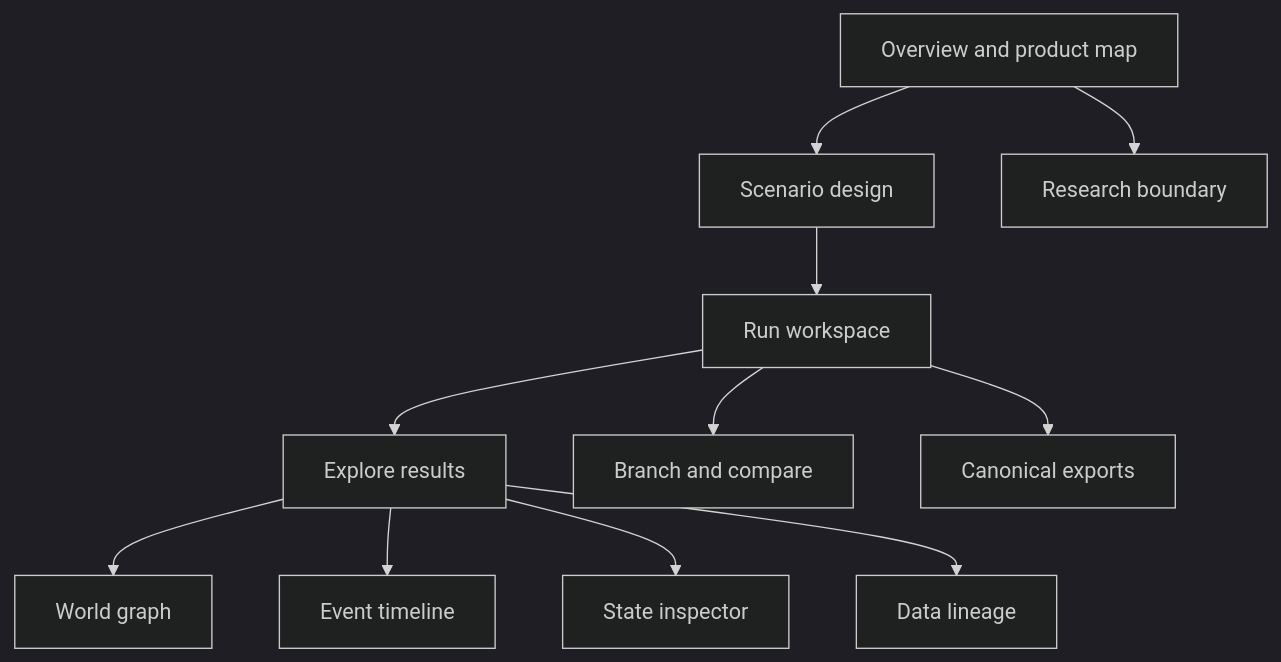
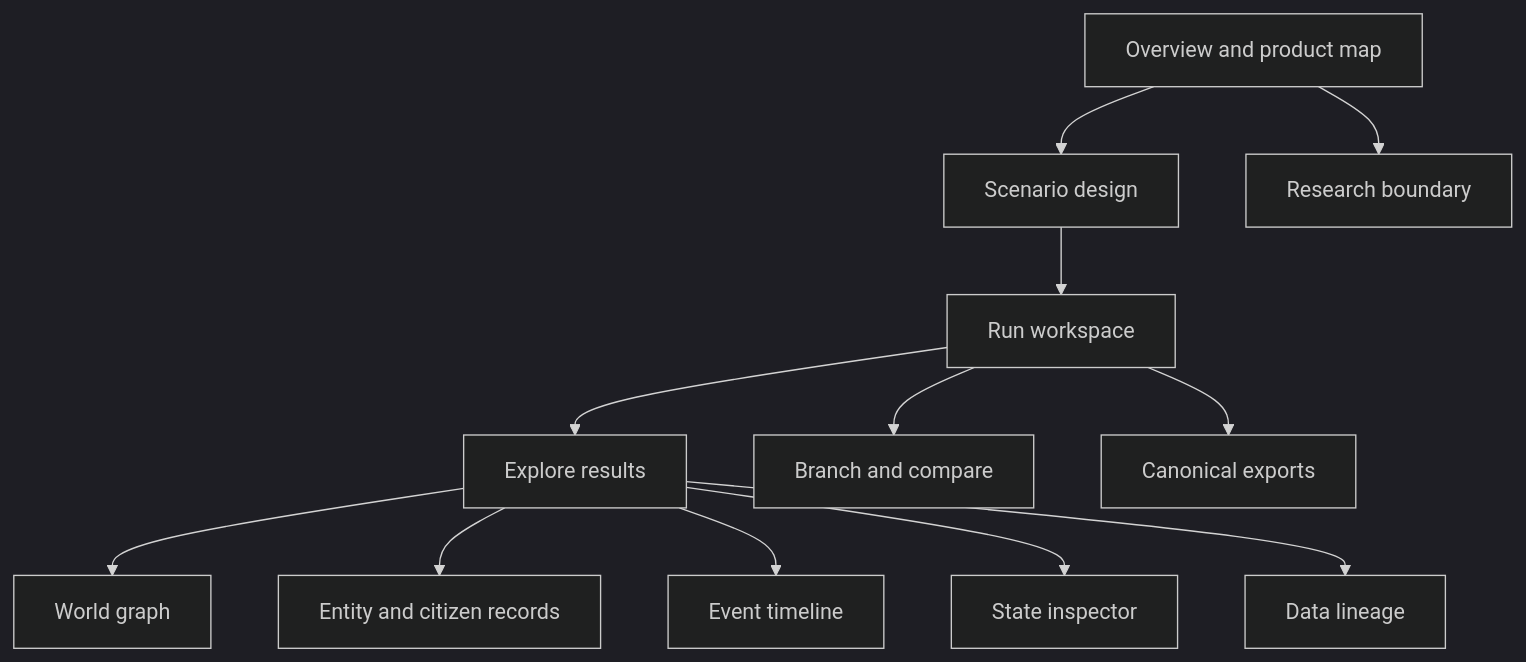
One commit to thedanieltan/aether-simulator changed the diagram in docs/INFORMATION_ARCHITECTURE.md. Above: the diagram before and after it, drawn with Mermaid (dark theme). The commit also changed other lines of this file and 23 other files, not shown here.

Commit message:
Unify citizen and entity records (#11)

````diff
--- a/docs/INFORMATION_ARCHITECTURE.md
+++ b/docs/INFORMATION_ARCHITECTURE.md
@@ -25,13 +25,14 @@
 ```mermaid
 flowchart TD
   Overview["Overview and product map"] --> Design["Scenario design"]
   Design --> Run["Run workspace"]
   Run --> Explore["Explore results"]
   Explore --> Graph["World graph"]
+  Explore --> Entities["Entity and citizen records"]
   Explore --> Timeline["Event timeline"]
   Explore --> State["State inspector"]
   Explore --> Lineage["Data lineage"]
   Run --> Compare["Branch and compare"]
   Run --> Export["Canonical exports"]
   Overview --> Boundary["Research boundary"]
 ```
````
